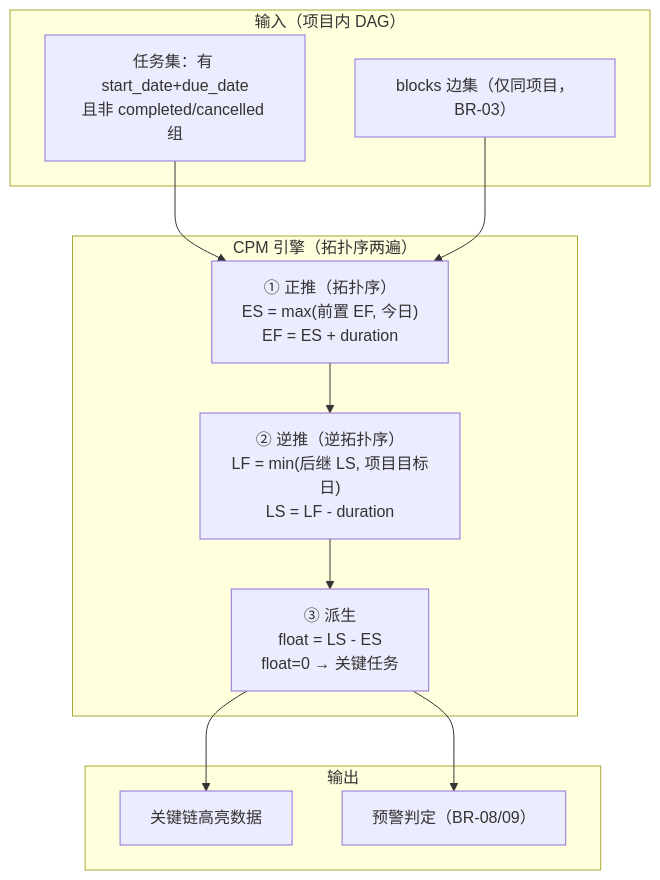
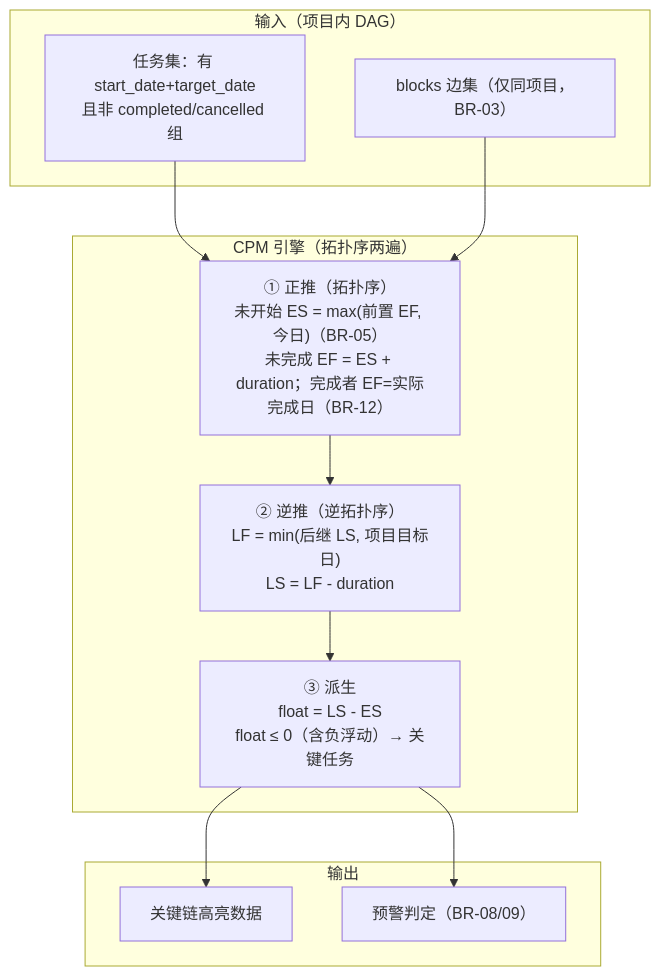
The first of 2 diagrams in docs/sprint-9-enterprise-portfolio/GANTT-003-critical-path.md (RabbitAI-Lab/RabbitProjects), drawn with Mermaid before and after one commit. The commit also changed other lines of this file and 13 other files, not shown here.

````diff
--- a/docs/sprint-9-enterprise-portfolio/GANTT-003-critical-path.md
+++ b/docs/sprint-9-enterprise-portfolio/GANTT-003-critical-path.md
@@ -76,17 +77,17 @@
 ```mermaid
 flowchart TB
     subgraph IN["输入（项目内 DAG）"]
-        T["任务集：有 start_date+due_date<br/>且非 completed/cancelled 组"]
+        T["任务集：有 start_date+target_date<br/>且非 completed/cancelled 组"]
         E["blocks 边集（仅同项目，BR-03）"]
     end
     subgraph CPM["CPM 引擎（拓扑序两遍）"]
-        F["① 正推（拓扑序）<br/>ES = max(前置 EF, 今日)<br/>EF = ES + duration"]
+        F["① 正推（拓扑序）<br/>未开始 ES = max(前置 EF, 今日)（BR-05）<br/>未完成 EF = ES + duration；完成者 EF=实际完成日（BR-12）"]
         B["② 逆推（逆拓扑序）<br/>LF = min(后继 LS, 项目目标日)<br/>LS = LF - duration"]
-        D["③ 派生<br/>float = LS - ES<br/>float=0 → 关键任务"]
+        D["③ 派生<br/>float = LS - ES<br/>float ≤ 0（含负浮动）→ 关键任务"]
     end
     subgraph OUT["输出"]
         K["关键链高亮数据"]
         W["预警判定（BR-08/09）"]
     end
     T & E --> F --> B --> D --> K & W
 ```
````
